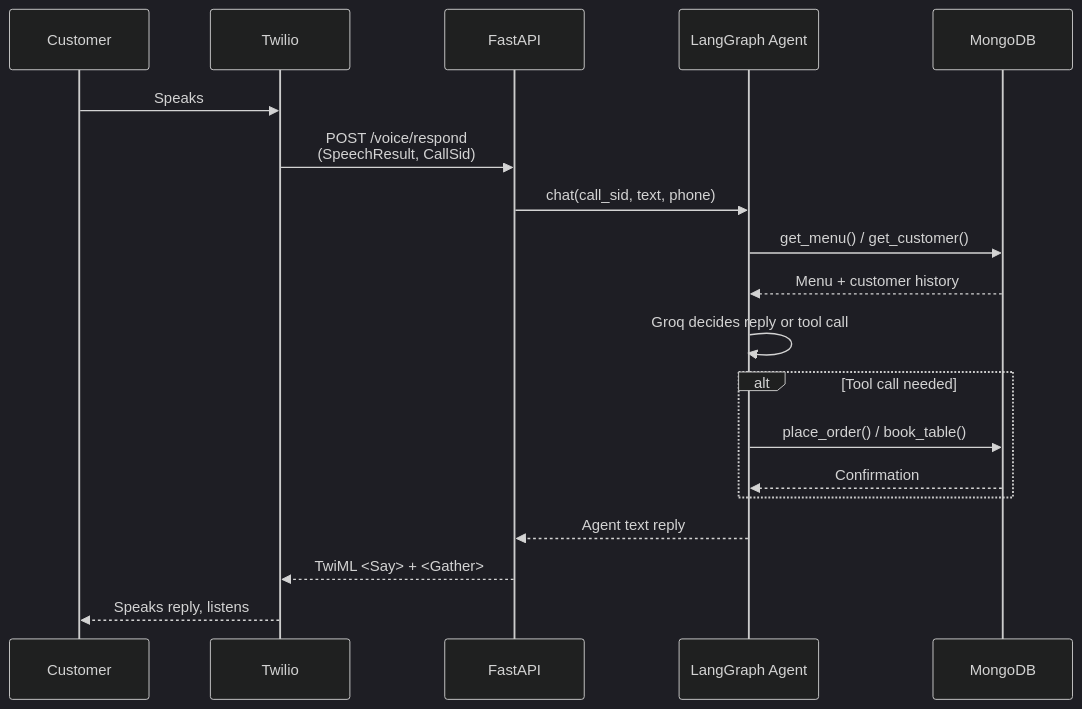
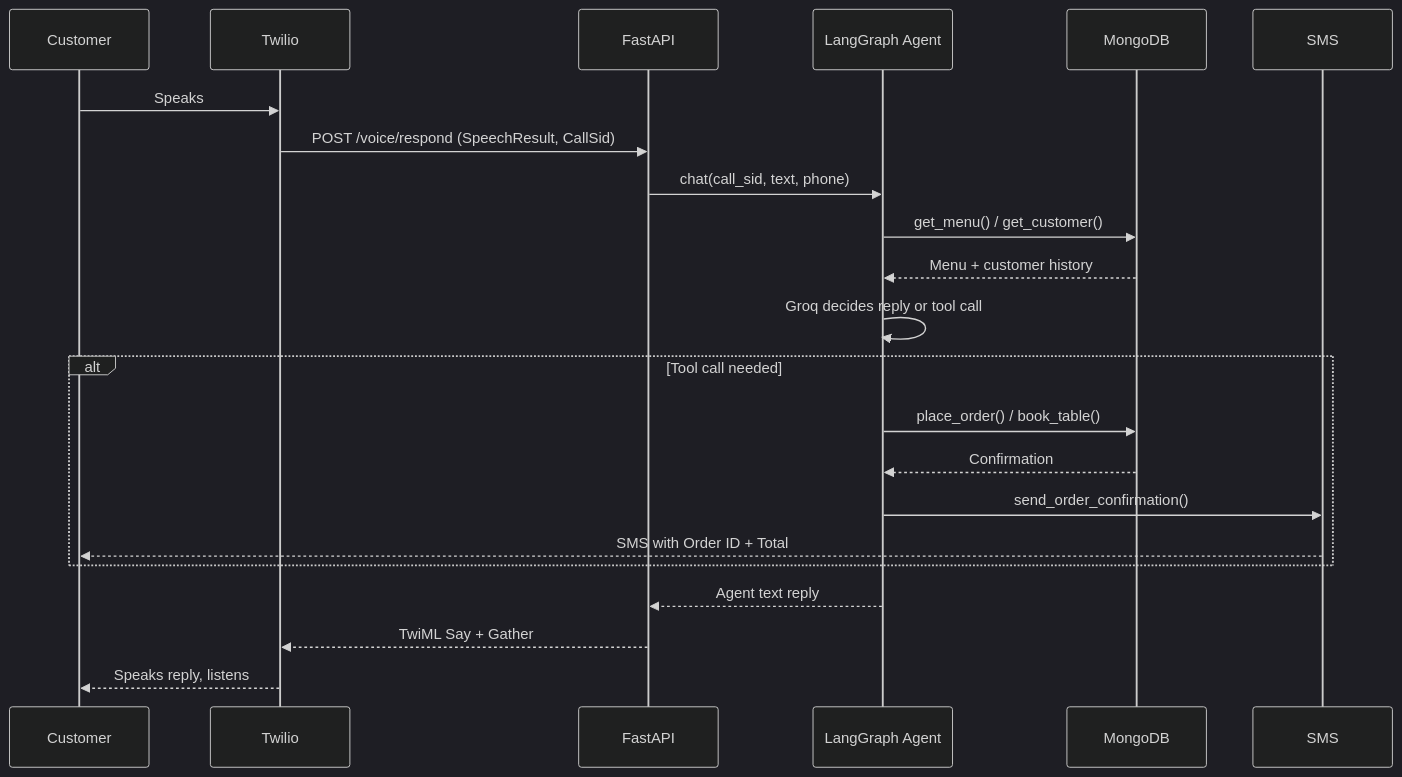
One commit to Krishna-Rao-dev/Google_APL changed the second of 5 diagrams in README.md. Above: the diagram before and after it, drawn with Mermaid (dark theme). The commit also changed other lines of this file, not shown here.

````diff
--- a/README.md
+++ b/README.md
@@ -84,22 +83,25 @@
 ```mermaid
 sequenceDiagram
     participant C as Customer
     participant T as Twilio
     participant F as FastAPI
     participant A as LangGraph Agent
     participant DB as MongoDB
+    participant S as SMS
 
     C->>T: Speaks
-    T->>F: POST /voice/respond<br/>(SpeechResult, CallSid)
+    T->>F: POST /voice/respond (SpeechResult, CallSid)
     F->>A: chat(call_sid, text, phone)
     A->>DB: get_menu() / get_customer()
     DB-->>A: Menu + customer history
     A->>A: Groq decides reply or tool call
     alt Tool call needed
         A->>DB: place_order() / book_table()
         DB-->>A: Confirmation
+        A->>S: send_order_confirmation()
+        S-->>C: SMS with Order ID + Total
     end
     A-->>F: Agent text reply
-    F-->>T: TwiML <Say> + <Gather>
+    F-->>T: TwiML Say + Gather
     T-->>C: Speaks reply, listens
 ```
````
